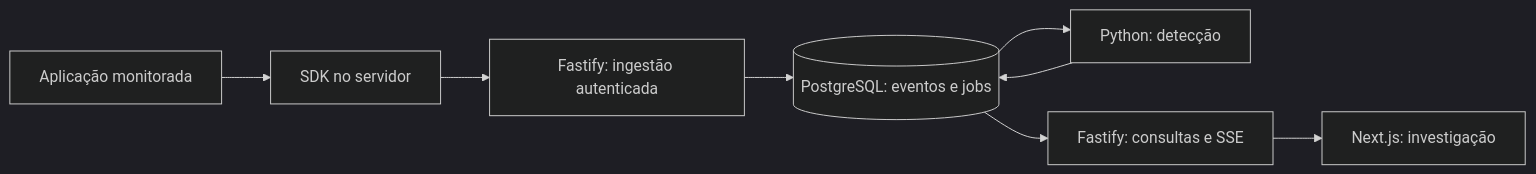
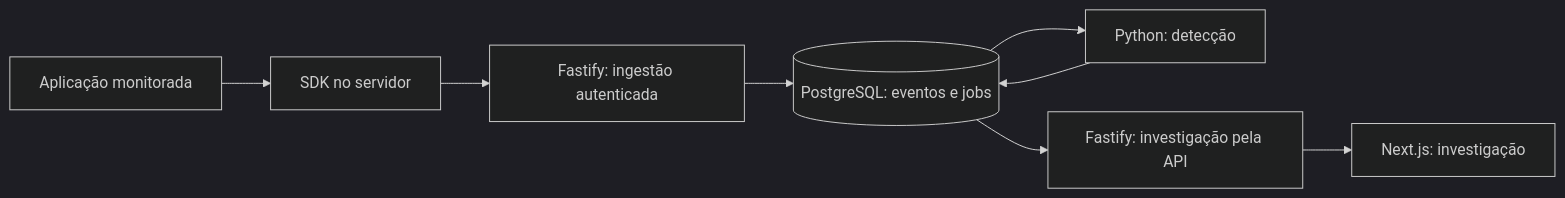
Before and after one commit to samuelsce/Sentinel: the diagram in README.md, drawn with Mermaid (dark theme). The commit also changed other lines of this file and 13 other files, not shown here.

````diff
--- a/README.md
+++ b/README.md
@@ -148,10 +154,10 @@
 ```mermaid
 flowchart LR
   Demo[Aplicação monitorada] --> SDK[SDK no servidor]
   SDK --> API[Fastify: ingestão autenticada]
   API --> DB[(PostgreSQL: eventos e jobs)]
   DB --> Worker[Python: detecção]
   Worker --> DB
-  DB --> Query[Fastify: consultas e SSE]
+  DB --> Query[Fastify: investigação pela API]
   Query --> Web[Next.js: investigação]
 ```
````
